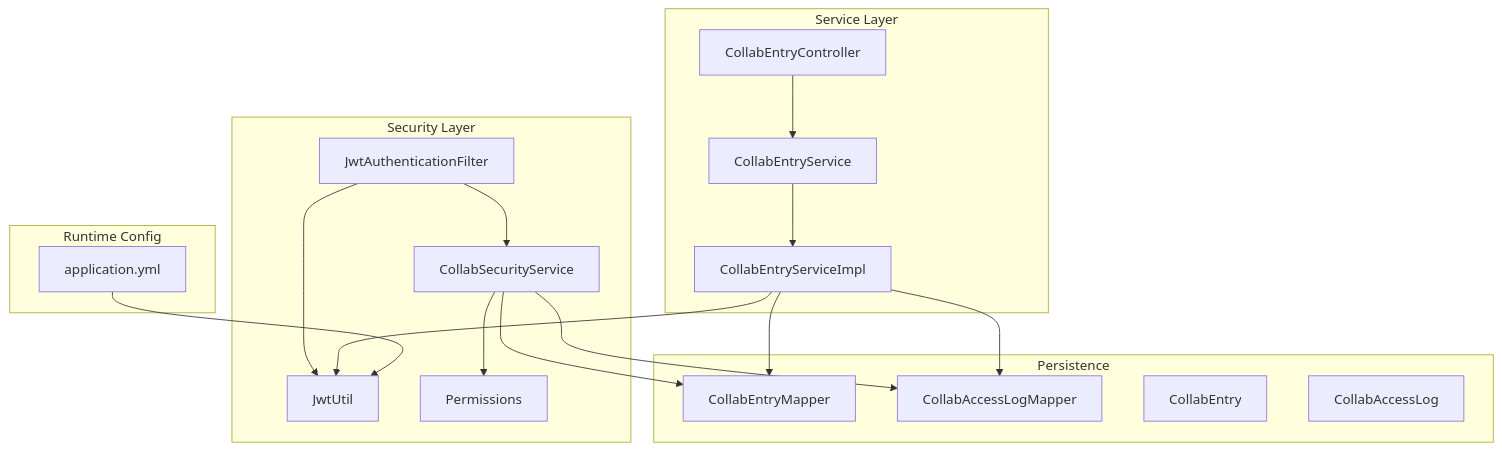
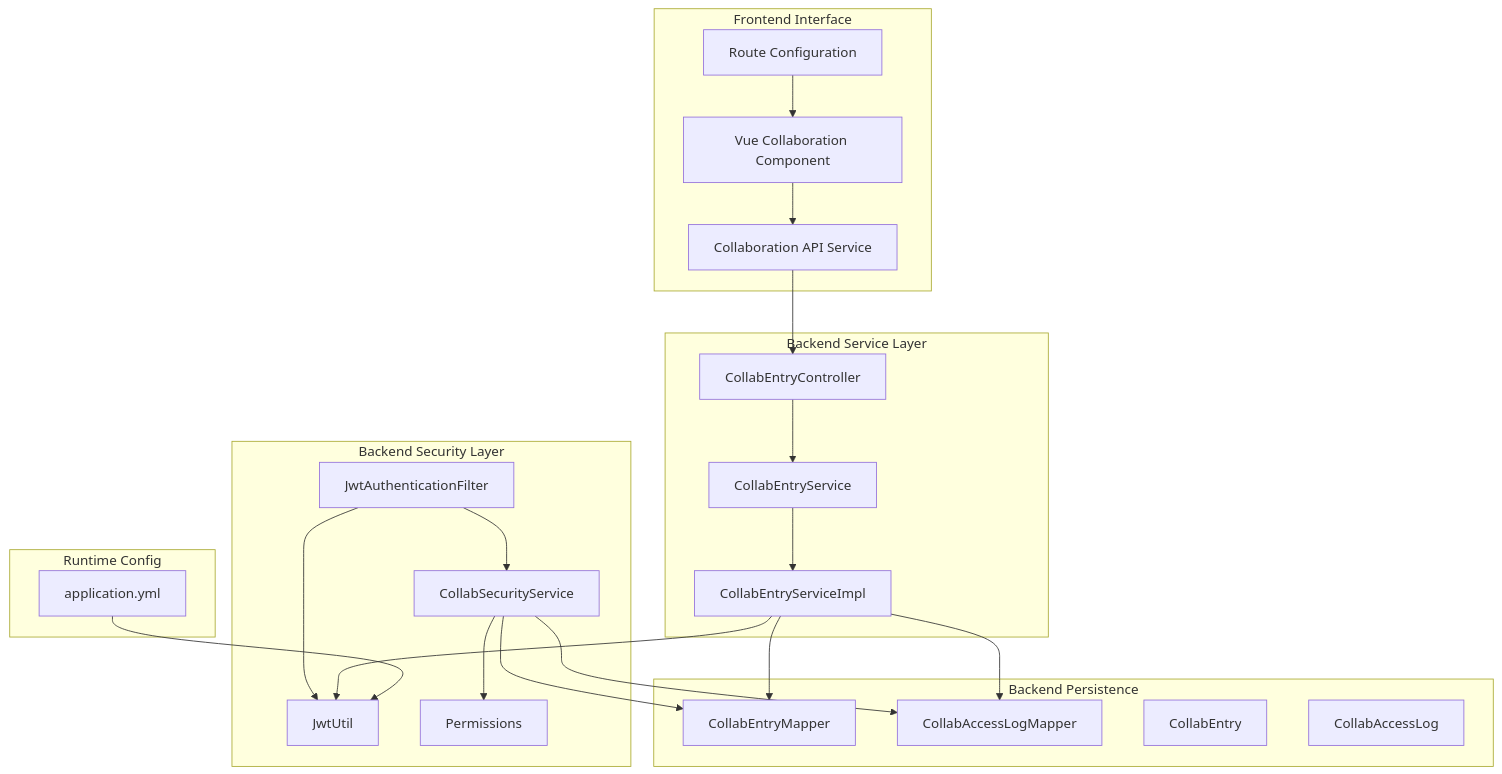
Before and after one commit to bo961386926/Survey-App: the first of 6 diagrams in .qoder/repowiki/en/content/Authentication & Authorization/Collaboration Tokens.md, drawn with Mermaid. The commit also changed other lines of this file and 19 other files, not shown here.

````diff
--- a/.qoder/repowiki/en/content/Authentication & Authorization/Collaboration Tokens.md
+++ b/.qoder/repowiki/en/content/Authentication & Authorization/Collaboration Tokens.md
@@ -55,34 +59,42 @@
 ```mermaid
 graph TB
-subgraph "Security Layer"
+subgraph "Backend Security Layer"
 F["JwtAuthenticationFilter"]
 S["CollabSecurityService"]
 U["JwtUtil"]
 P["Permissions"]
 end
-subgraph "Service Layer"
+subgraph "Backend Service Layer"
 CEC["CollabEntryController"]
 CES["CollabEntryService"]
 CEI["CollabEntryServiceImpl"]
 end
-subgraph "Persistence"
+subgraph "Backend Persistence"
 M1["CollabEntryMapper"]
 M2["CollabAccessLogMapper"]
 E1["CollabEntry"]
 E2["CollabAccessLog"]
+end
+subgraph "Frontend Interface"
+VC["Vue Collaboration Component"]
+VA["Collaboration API Service"]
+VR["Route Configuration"]
 end
 subgraph "Runtime Config"
 CFG["application.yml"]
 end
 F --> S
 F --> U
 S --> P
 CEC --> CES
 CES --> CEI
 CEI --> M1
 CEI --> M2
 CEI --> U
 S --> M1
 S --> M2
 CFG --> U
+VC --> VA
+VA --> CEC
+VR --> VC
 ```
````
